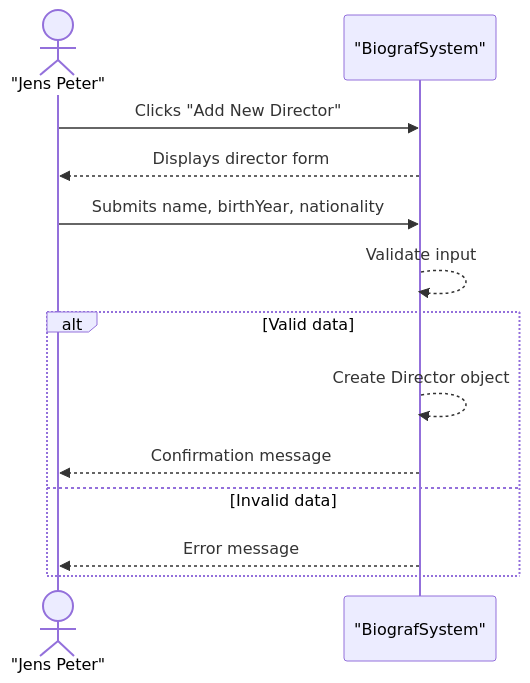
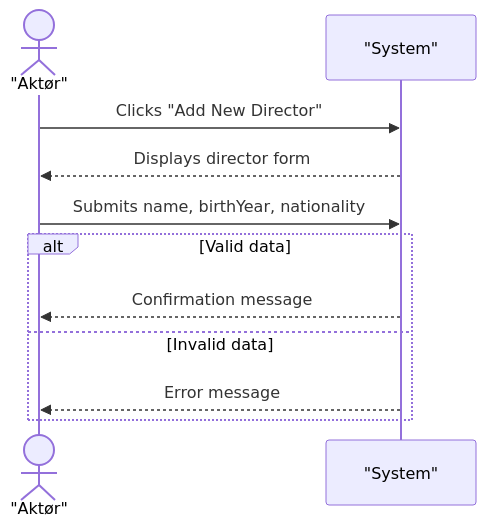
One commit to DMOoF25/TheMovie changed the diagram in docs/SSD S2 UC3.mmd. Above: the diagram before and after it, drawn with Mermaid.

Commit message:
Update SSD S2 UC3.mmd

```diff
--- a/docs/SSD S2 UC3.mmd
+++ b/docs/SSD S2 UC3.mmd
@@ -1,15 +1,15 @@
 sequenceDiagram
-    actor JensPeter as "Jens Peter"
-    participant System as "BiografSystem"
+    actor JensPeter as "Aktør"
+    participant System as "System"
 
     JensPeter->>System: Clicks "Add New Director"
     System-->>JensPeter: Displays director form
 
     JensPeter->>System: Submits name, birthYear, nationality
-    System-->>System: Validate input
+    
     alt Valid data
-        System-->>System: Create Director object
+        
         System-->>JensPeter: Confirmation message
     else Invalid data
         System-->>JensPeter: Error message
     end
```
